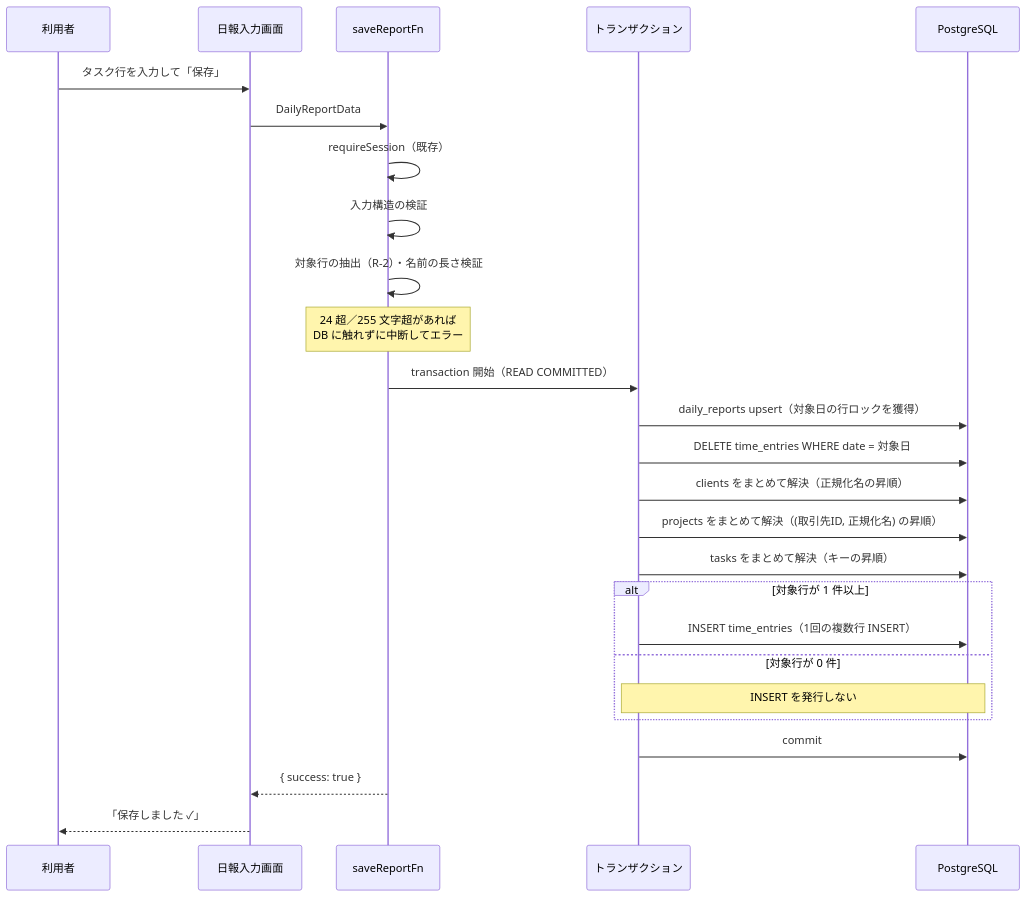
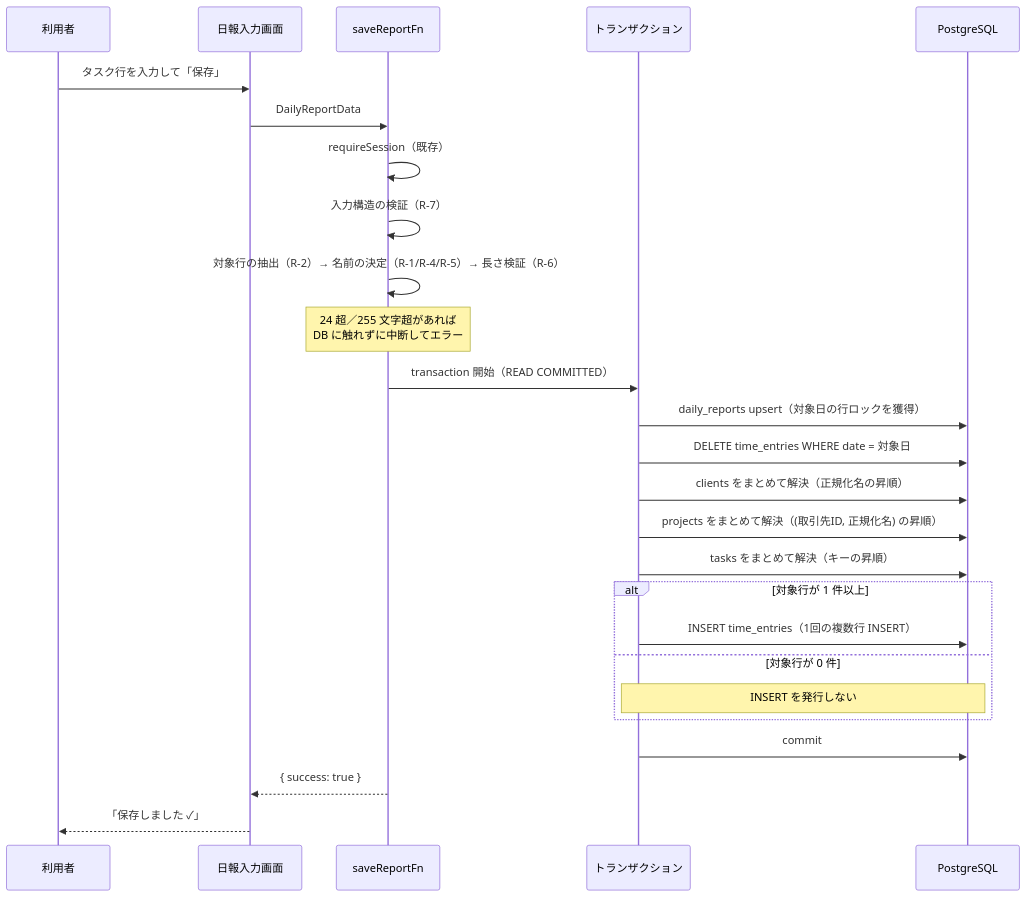
Before and after one commit to KenichiMatsumoto123/work-hub: the first of 2 diagrams in docs/設計/工数実績の正規化保存/工数実績の正規化保存_設計書.md, drawn with Mermaid. The commit also changed other lines of this file, not shown here.

````diff
--- a/docs/設計/工数実績の正規化保存/工数実績の正規化保存_設計書.md
+++ b/docs/設計/工数実績の正規化保存/工数実績の正規化保存_設計書.md
@@ -200,29 +241,29 @@
 ```mermaid
 sequenceDiagram
     participant U as 利用者
     participant UI as 日報入力画面
     participant SF as saveReportFn
     participant TX as トランザクション
     participant DB as PostgreSQL
 
     U->>UI: タスク行を入力して「保存」
     UI->>SF: DailyReportData
     SF->>SF: requireSession（既存）
-    SF->>SF: 入力構造の検証
-    SF->>SF: 対象行の抽出（R-2）・名前の長さ検証
+    SF->>SF: 入力構造の検証（R-7）
+    SF->>SF: 対象行の抽出（R-2）→ 名前の決定（R-1/R-4/R-5）→ 長さ検証（R-6）
     Note over SF: 24 超／255 文字超があれば<br/>DB に触れずに中断してエラー
     SF->>TX: transaction 開始（READ COMMITTED）
     TX->>DB: daily_reports upsert（対象日の行ロックを獲得）
     TX->>DB: DELETE time_entries WHERE date = 対象日
     TX->>DB: clients をまとめて解決（正規化名の昇順）
     TX->>DB: projects をまとめて解決（(取引先ID, 正規化名) の昇順）
     TX->>DB: tasks をまとめて解決（キーの昇順）
     alt 対象行が 1 件以上
         TX->>DB: INSERT time_entries（1回の複数行 INSERT）
     else 対象行が 0 件
         Note over TX,DB: INSERT を発行しない
     end
     TX->>DB: commit
     SF-->>UI: { success: true }
     UI-->>U: 「保存しました ✓」
 ```
````
